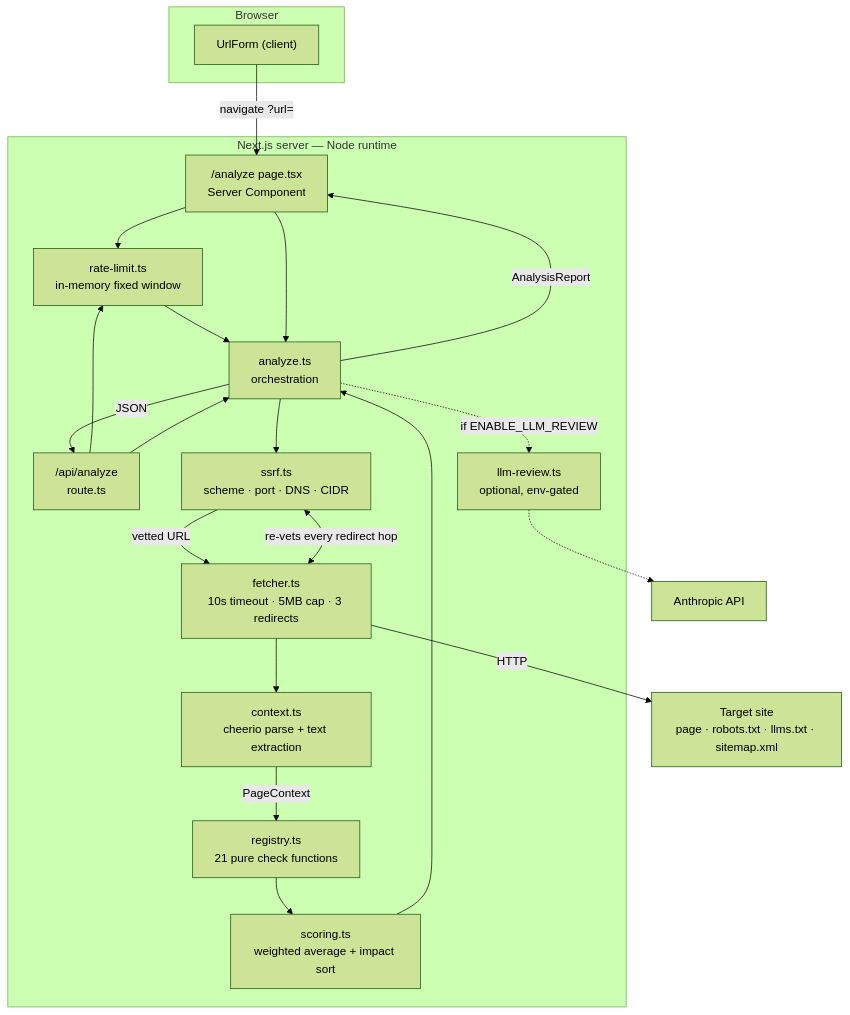
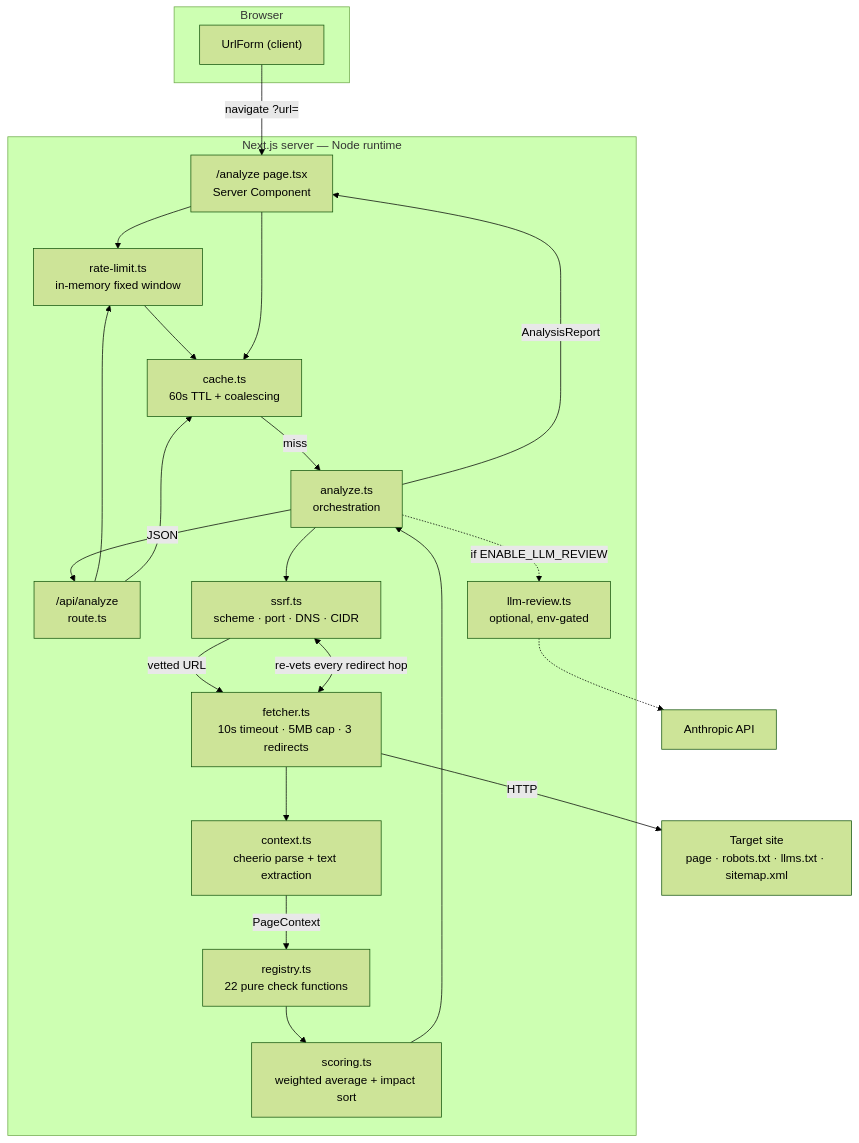
Before and after one commit to cosmiceye-agent/Generative-Engine-Optimization: the diagram in README.md, drawn with Mermaid (forest theme). The commit also changed other lines of this file and 35 other files, not shown here.

````diff
--- a/README.md
+++ b/README.md
@@ -28,41 +28,43 @@
 ```mermaid
 flowchart TD
     subgraph client["Browser"]
         Form["UrlForm (client)"]
     end
 
     subgraph server["Next.js server — Node runtime"]
         Page["/analyze page.tsx<br/>Server Component"]
         API["/api/analyze<br/>route.ts"]
         RL["rate-limit.ts<br/>in-memory fixed window"]
+        Cache["cache.ts<br/>60s TTL + coalescing"]
         Analyze["analyze.ts<br/>orchestration"]
         SSRF["ssrf.ts<br/>scheme · port · DNS · CIDR"]
         Fetch["fetcher.ts<br/>10s timeout · 5MB cap · 3 redirects"]
         Ctx["context.ts<br/>cheerio parse + text extraction"]
-        Reg["registry.ts<br/>21 pure check functions"]
+        Reg["registry.ts<br/>22 pure check functions"]
         Score["scoring.ts<br/>weighted average + impact sort"]
         LLM["llm-review.ts<br/>optional, env-gated"]
     end
 
     Target["Target site<br/>page · robots.txt · llms.txt · sitemap.xml"]
     Claude["Anthropic API"]
 
     Form -->|"navigate ?url="| Page
     Page --> RL
     API --> RL
-    RL --> Analyze
-    Page --> Analyze
-    API --> Analyze
+    RL --> Cache
+    Page --> Cache
+    API --> Cache
+    Cache -->|"miss"| Analyze
     Analyze --> SSRF
     SSRF -->|"vetted URL"| Fetch
     Fetch <-->|"re-vets every redirect hop"| SSRF
     Fetch -->|"HTTP"| Target
     Fetch --> Ctx
     Ctx -->|"PageContext"| Reg
     Reg --> Score
     Score --> Analyze
     Analyze -.->|"if ENABLE_LLM_REVIEW"| LLM
     LLM -.-> Claude
     Analyze -->|"AnalysisReport"| Page
     Analyze -->|"JSON"| API
 ```
````
